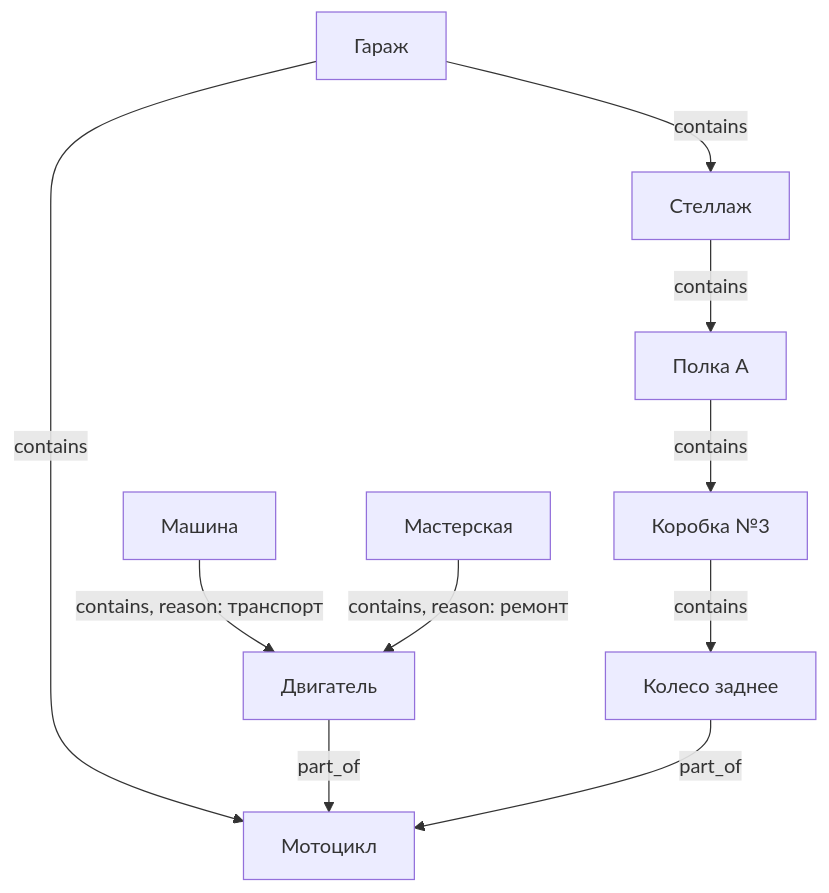
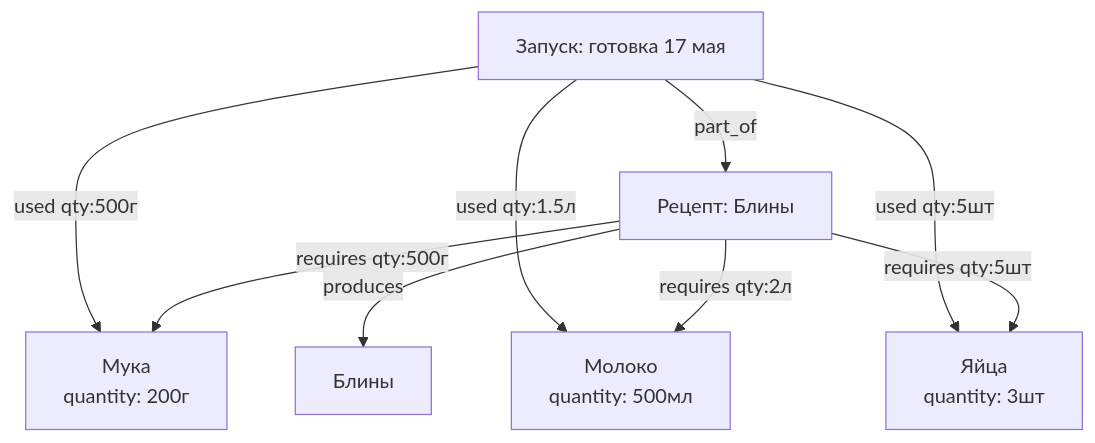
The first of 5 diagrams in docs/database.md (kscht/domovoy), drawn with Mermaid before and after one commit. The commit also changed other lines of this file, not shown here.

First line of the commit message:
docs: add recipe/procedure/run model for consumption tracking

````diff
--- a/docs/database.md
+++ b/docs/database.md
@@ -47,24 +46,20 @@
 ```mermaid
 graph TD
-    Garage[Гараж]
-    Car[Машина]
-    RepairShop[Мастерская]
-    Shelf[Стеллаж]
-    ShelfA[Полка A]
-    Box[Коробка №3]
-    Motorcycle[Мотоцикл]
-    Engine[Двигатель]
-    Wheel[Колесо заднее]
+    Recipe[Рецепт: Блины]
+    Run[Запуск: готовка 17 мая]
+    Pancakes[Блины]
 
-    Garage -->|contains| Motorcycle
-    Garage -->|contains| Shelf
-    Shelf -->|contains| ShelfA
-    ShelfA -->|contains| Box
-    Box -->|contains| Wheel
+    Flour[Мука\nquantity: 200г]
+    Milk[Молоко\nquantity: 500мл]
+    Eggs[Яйца\nquantity: 3шт]
 
-    Car -->|contains, reason: транспорт| Engine
-    RepairShop -->|contains, reason: ремонт| Engine
+    Recipe -->|requires qty:500г| Flour
+    Recipe -->|requires qty:2л| Milk
+    Recipe -->|requires qty:5шт| Eggs
+    Recipe -->|produces| Pancakes
 
-    Engine -->|part_of| Motorcycle
-    Wheel -->|part_of| Motorcycle
+    Run -->|part_of| Recipe
+    Run -->|used qty:500г| Flour
+    Run -->|used qty:1.5л| Milk
+    Run -->|used qty:5шт| Eggs
 ```
````
